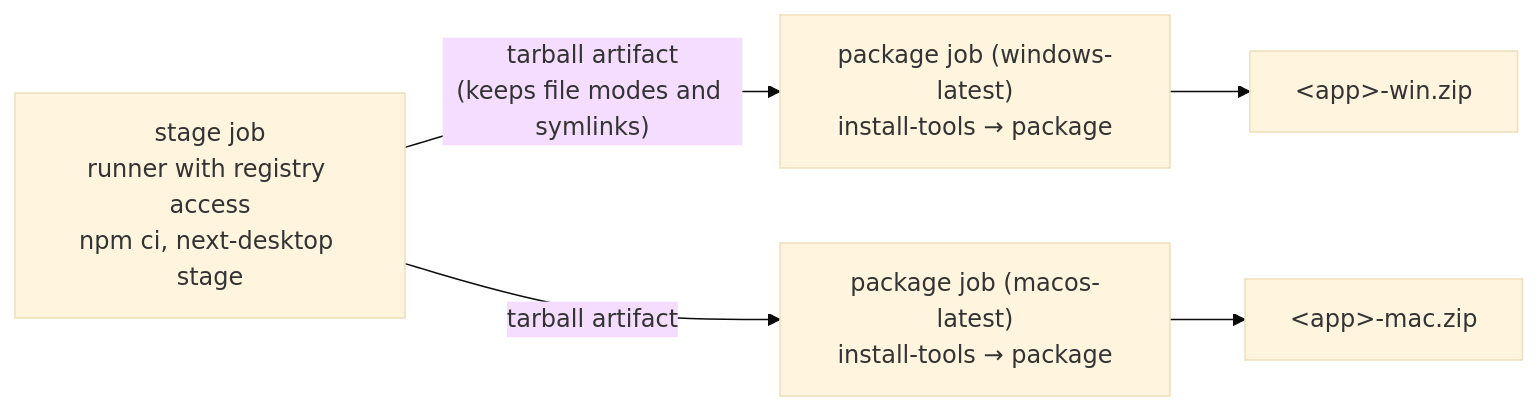
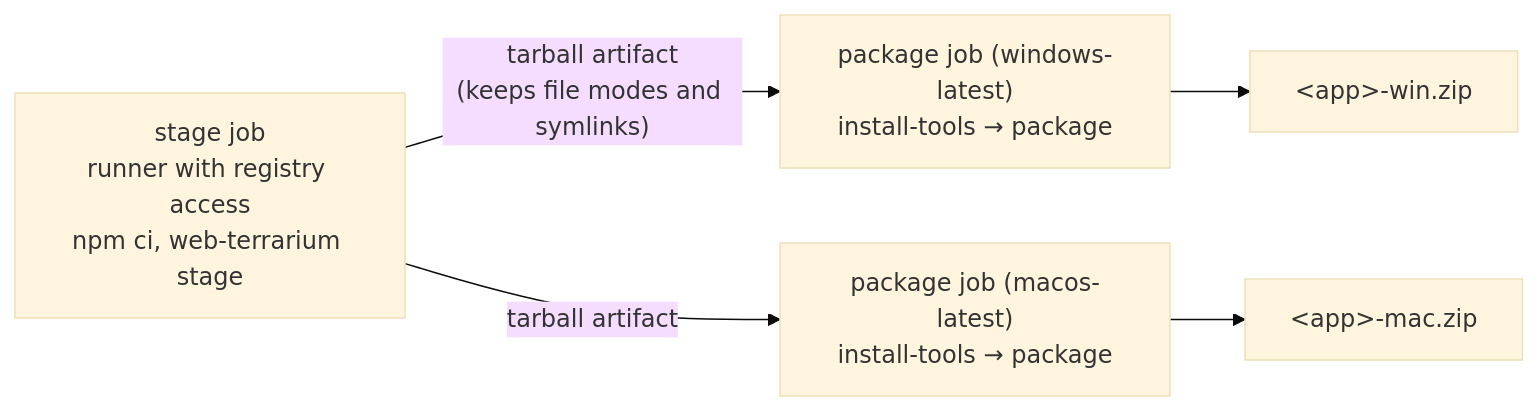
Before and after one commit to stevez/next-desktop: the fifth of 5 diagrams in docs/architecture.md, drawn with Mermaid (base theme). The commit also changed other lines of this file and 17 other files, not shown here.

````diff
--- a/docs/architecture.md
+++ b/docs/architecture.md
@@ -279,7 +293,7 @@
 ```mermaid
 flowchart LR
-  A["stage job<br/>runner with registry access<br/>npm ci, next-desktop stage"] -- "tarball artifact<br/>(keeps file modes and symlinks)" --> B["package job (windows-latest)<br/>install-tools → package"]
+  A["stage job<br/>runner with registry access<br/>npm ci, web-terrarium stage"] -- "tarball artifact<br/>(keeps file modes and symlinks)" --> B["package job (windows-latest)<br/>install-tools → package"]
   A -- "tarball artifact" --> C["package job (macos-latest)<br/>install-tools → package"]
   B --> D["&lt;app&gt;-win.zip"]
   C --> E["&lt;app&gt;-mac.zip"]
 ```
````
